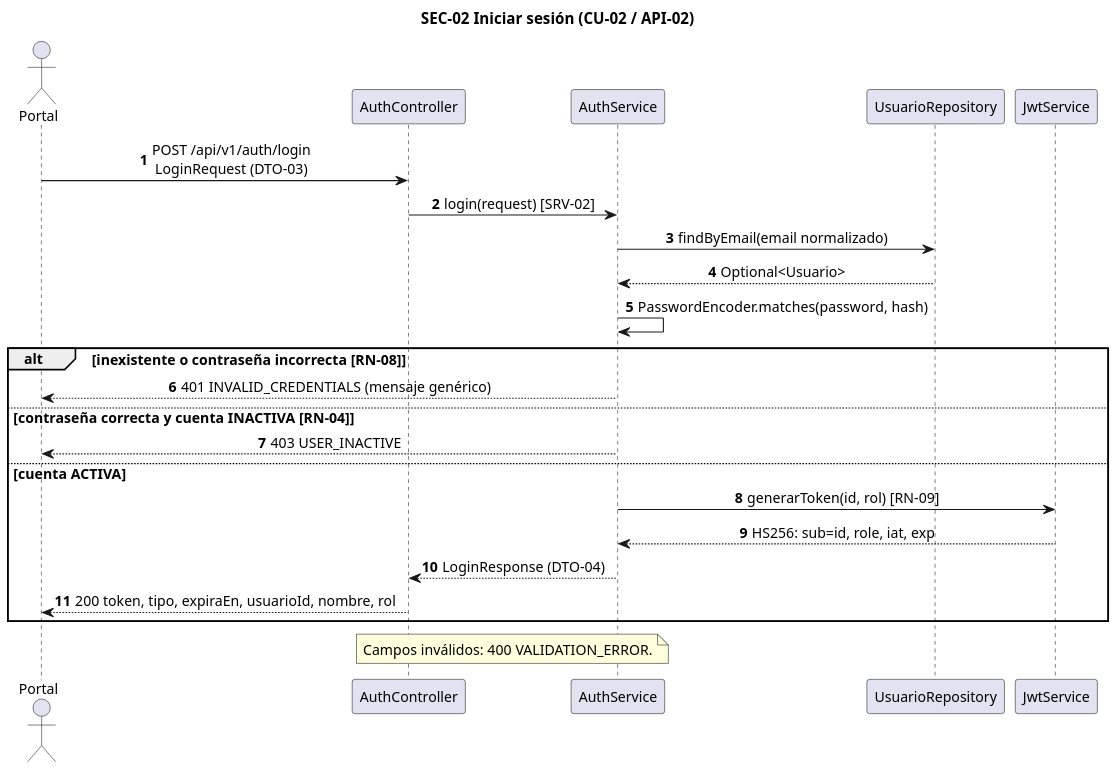
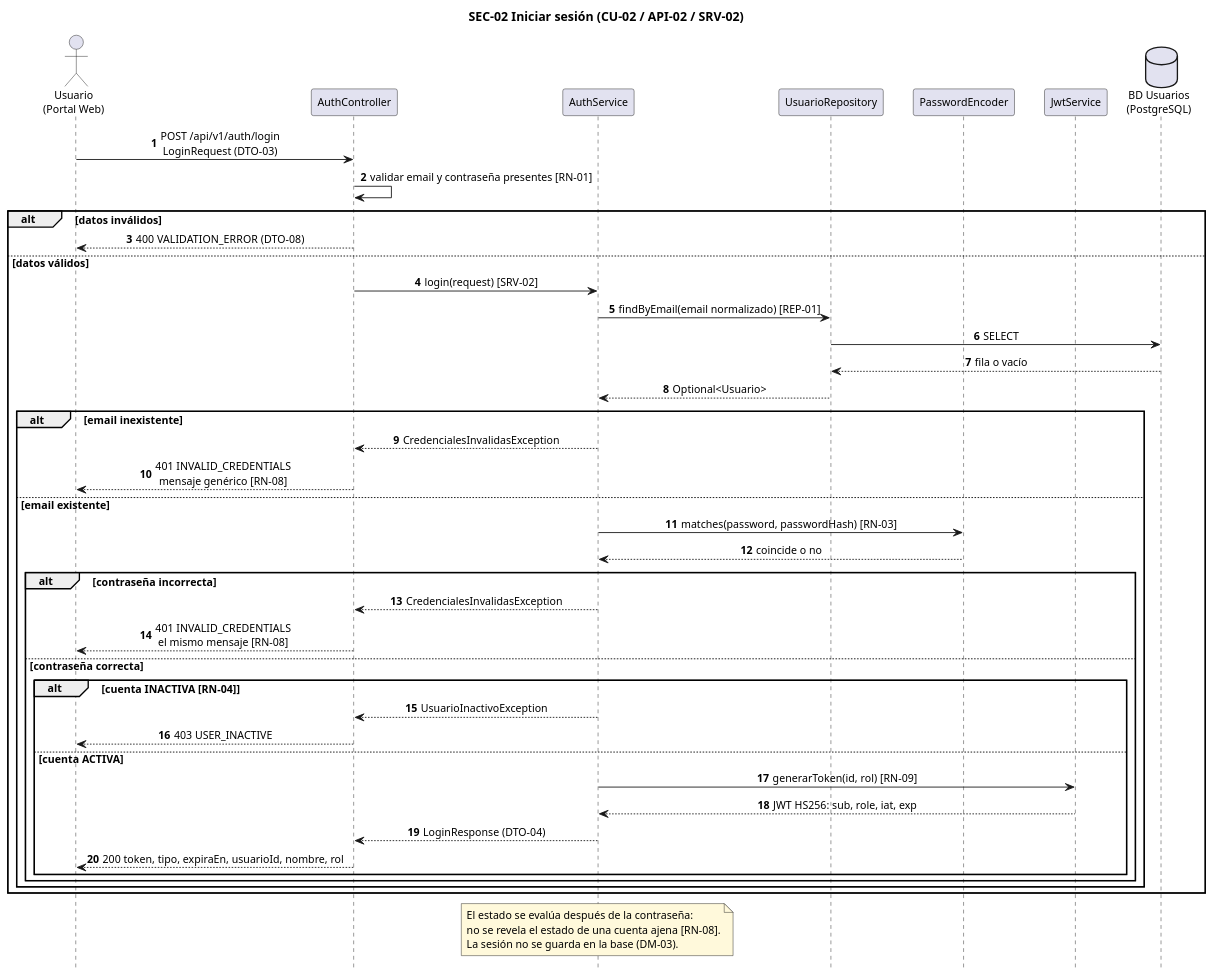
One commit to CarlaGorgal2002/deliverygo-usuarios-auth changed the diagram in doc/Diagramas/SEC-02.puml. Above: the diagram before and after it, drawn with PlantUML. The commit also changed 30 other files, not shown here.

First line of the commit message:
docs: rehacer los 15 diagramas con las capas y participantes de la plantilla

```diff
--- a/doc/Diagramas/SEC-02.puml
+++ b/doc/Diagramas/SEC-02.puml
@@ -1,30 +1,54 @@
 @startuml SEC-02
-skinparam dpi 135
+skinparam dpi 110
 skinparam shadowing false
 skinparam defaultFontName Arial
-skinparam defaultFontSize 13
+skinparam defaultFontSize 12
 skinparam sequenceMessageAlign center
-title SEC-02 Iniciar sesión (CU-02 / API-02)
+skinparam responseMessageBelowArrow true
+skinparam NoteBackgroundColor #FFF9DB
+skinparam ParticipantPadding 12
+hide footbox
+title SEC-02 Iniciar sesión (CU-02 / API-02 / SRV-02)
 autonumber
-actor Portal
+actor "Usuario\n(Portal Web)" as A
 participant AuthController as C
 participant AuthService as S
-participant UsuarioRepository as R
+participant UsuarioRepository as UR
+participant PasswordEncoder as PE
 participant JwtService as J
-Portal -> C : POST /api/v1/auth/login\nLoginRequest (DTO-03)
-C -> S : login(request) [SRV-02]
-S -> R : findByEmail(email normalizado)
-R --> S : Optional<Usuario>
-S -> S : PasswordEncoder.matches(password, hash)
-alt inexistente o contraseña incorrecta [RN-08]
- S --> Portal : 401 INVALID_CREDENTIALS (mensaje genérico)
-else contraseña correcta y cuenta INACTIVA [RN-04]
- S --> Portal : 403 USER_INACTIVE
-else cuenta ACTIVA
- S -> J : generarToken(id, rol) [RN-09]
- J --> S : HS256: sub=id, role, iat, exp
- S --> C : LoginResponse (DTO-04)
- C --> Portal : 200 token, tipo, expiraEn, usuarioId, nombre, rol
+database "BD Usuarios\n(PostgreSQL)" as DB
+
+A -> C : POST /api/v1/auth/login\nLoginRequest (DTO-03)
+C -> C : validar email y contraseña presentes [RN-01]
+alt datos inválidos
+  C --> A : 400 VALIDATION_ERROR (DTO-08)
+else datos válidos
+  C -> S : login(request) [SRV-02]
+  S -> UR : findByEmail(email normalizado) [REP-01]
+  UR -> DB : SELECT
+  DB --> UR : fila o vacío
+  UR --> S : Optional<Usuario>
+  alt email inexistente
+    S --> C : CredencialesInvalidasException
+    C --> A : 401 INVALID_CREDENTIALS\nmensaje genérico [RN-08]
+  else email existente
+    S -> PE : matches(password, passwordHash) [RN-03]
+    PE --> S : coincide o no
+    alt contraseña incorrecta
+      S --> C : CredencialesInvalidasException
+      C --> A : 401 INVALID_CREDENTIALS\nel mismo mensaje [RN-08]
+    else contraseña correcta
+      alt cuenta INACTIVA [RN-04]
+        S --> C : UsuarioInactivoException
+        C --> A : 403 USER_INACTIVE
+      else cuenta ACTIVA
+        S -> J : generarToken(id, rol) [RN-09]
+        J --> S : JWT HS256: sub, role, iat, exp
+        S --> C : LoginResponse (DTO-04)
+        C --> A : 200 token, tipo, expiraEn, usuarioId, nombre, rol
+      end
+    end
+  end
 end
-note over C,S : Campos inválidos: 400 VALIDATION_ERROR.
+note over S : El estado se evalúa después de la contraseña:\nno se revela el estado de una cuenta ajena [RN-08].\nLa sesión no se guarda en la base (DM-03).
 @enduml
```
